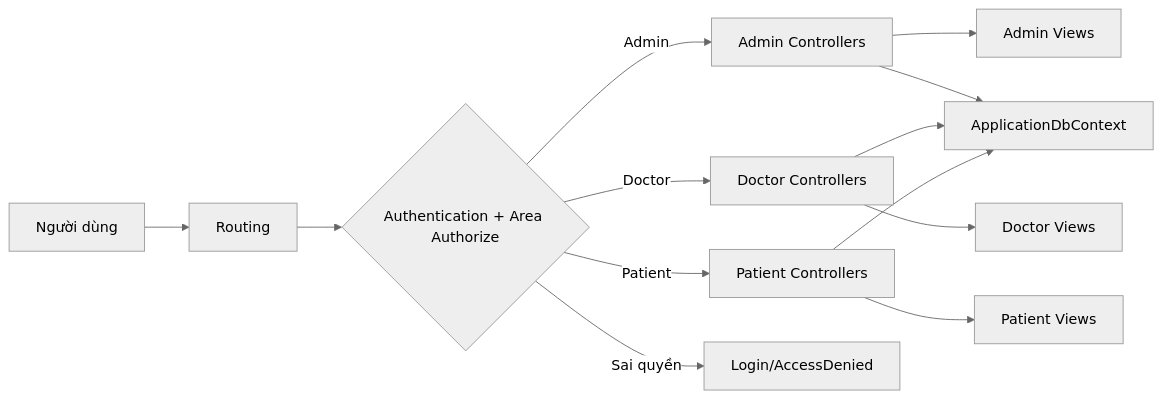
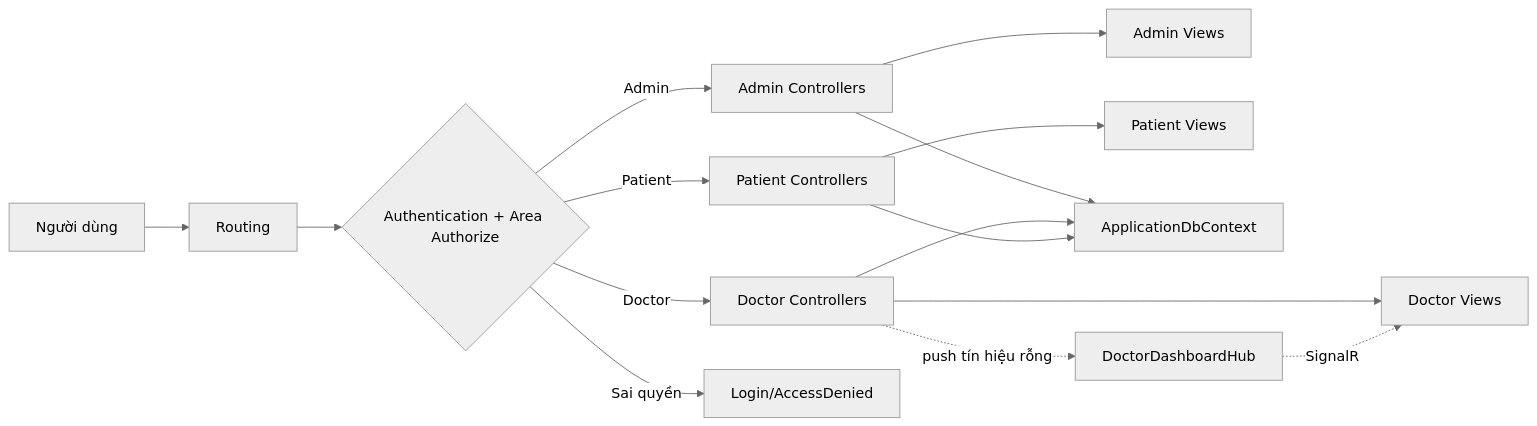
The first of 3 diagrams in docs/MVC-STRUCTURE.md (ngutr88/Quan-Ly-BV), drawn with Mermaid (neutral theme) before and after one commit. The commit also changed other lines of this file, not shown here.

````diff
--- a/docs/MVC-STRUCTURE.md
+++ b/docs/MVC-STRUCTURE.md
@@ -46,15 +56,17 @@
 ```mermaid
 flowchart LR
     U[Người dùng] --> R[Routing]
     R --> A{Authentication + Area Authorize}
     A -->|Admin| AC[Admin Controllers]
     A -->|Doctor| DC[Doctor Controllers]
     A -->|Patient| PC[Patient Controllers]
     A -->|Sai quyền| X[Login/AccessDenied]
     AC --> V1[Admin Views]
     DC --> V2[Doctor Views]
     PC --> V3[Patient Views]
     AC --> DB[ApplicationDbContext]
     DC --> DB
     PC --> DB
+    DC -.push tín hiệu rỗng.-> H[DoctorDashboardHub]
+    H -.SignalR.-> V2
 ```
````
